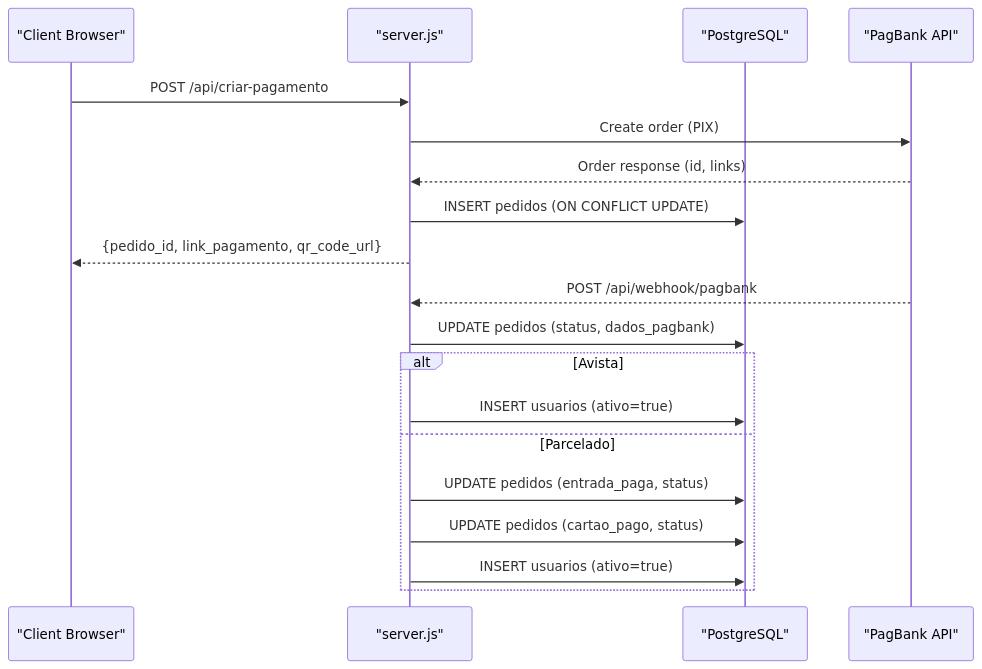
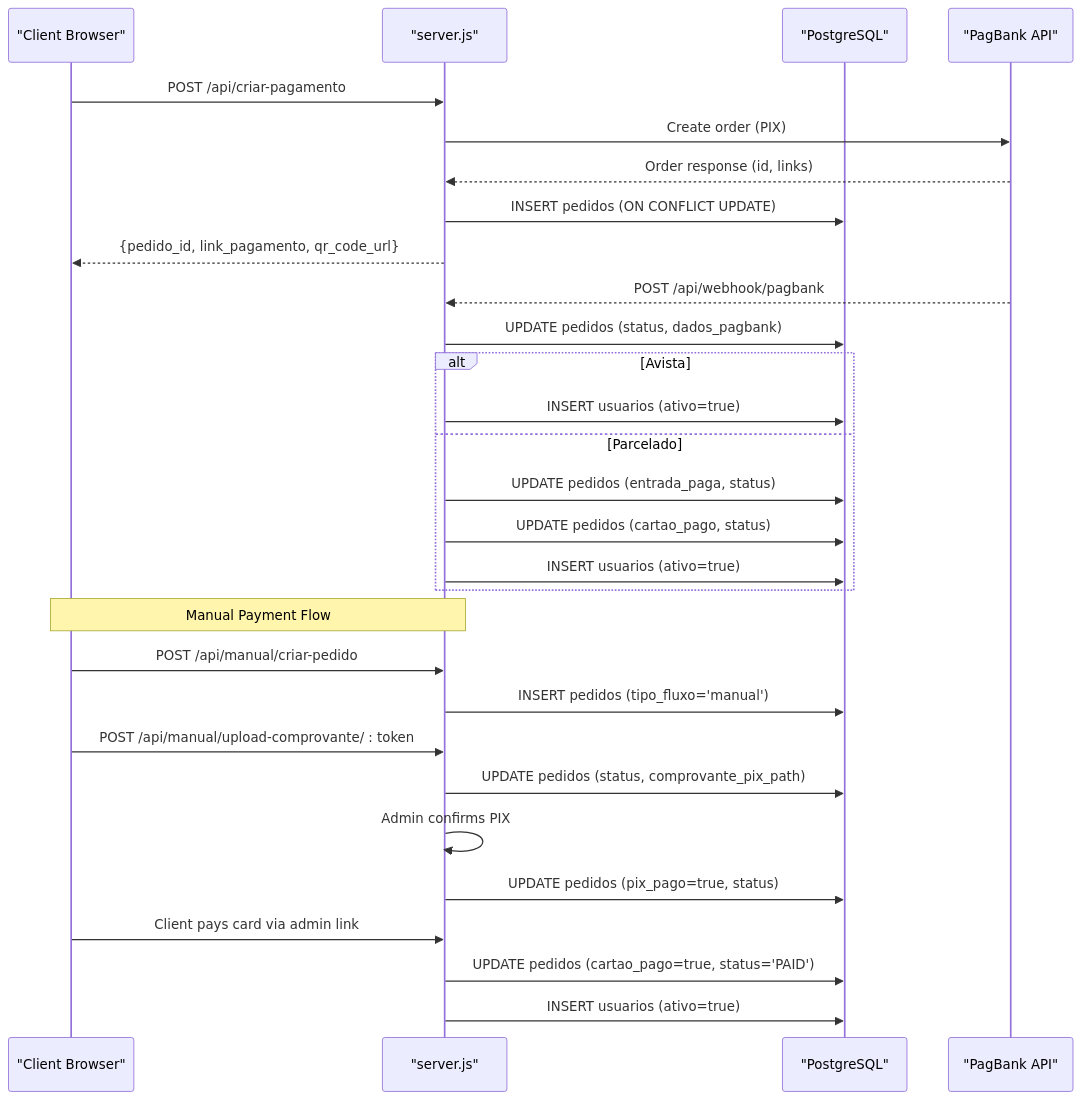
The second of 6 diagrams in .qoder/repowiki/en/content/Database Design/Database Design.md (Alexandrexicara/qretiquetas.com), drawn with Mermaid before and after one commit. The commit also changed other lines of this file and 6 other files, not shown here.

````diff
--- a/.qoder/repowiki/en/content/Database Design/Database Design.md
+++ b/.qoder/repowiki/en/content/Database Design/Database Design.md
@@ -82,21 +91,31 @@
 ```mermaid
 sequenceDiagram
 participant Client as "Client Browser"
 participant Server as "server.js"
 participant PG as "PostgreSQL"
 participant PB as "PagBank API"
 Client->>Server : POST /api/criar-pagamento
 Server->>PB : Create order (PIX)
 PB-->>Server : Order response (id, links)
 Server->>PG : INSERT pedidos (ON CONFLICT UPDATE)
 Server-->>Client : {pedido_id, link_pagamento, qr_code_url}
 PB-->>Server : POST /api/webhook/pagbank
 Server->>PG : UPDATE pedidos (status, dados_pagbank)
 alt Avista
 Server->>PG : INSERT usuarios (ativo=true)
 else Parcelado
 Server->>PG : UPDATE pedidos (entrada_paga, status)
 Server->>PG : UPDATE pedidos (cartao_pago, status)
 Server->>PG : INSERT usuarios (ativo=true)
 end
+Note over Client,Server : Manual Payment Flow
+Client->>Server : POST /api/manual/criar-pedido
+Server->>PG : INSERT pedidos (tipo_fluxo='manual')
+Client->>Server : POST /api/manual/upload-comprovante/ : token
+Server->>PG : UPDATE pedidos (status, comprovante_pix_path)
+Server->>Server : Admin confirms PIX
+Server->>PG : UPDATE pedidos (pix_pago=true, status)
+Client->>Server : Client pays card via admin link
+Server->>PG : UPDATE pedidos (cartao_pago=true, status='PAID')
+Server->>PG : INSERT usuarios (ativo=true)
 ```
````
